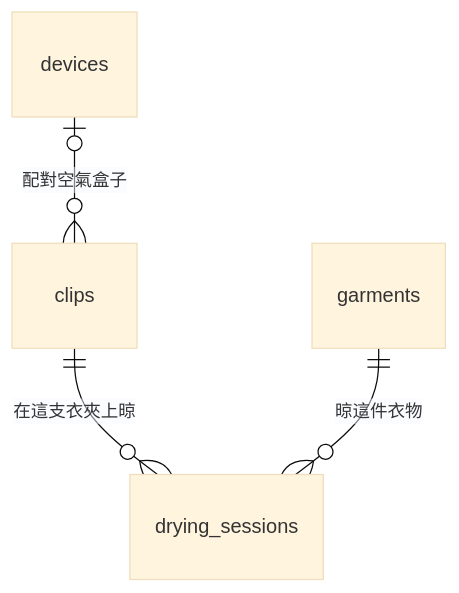
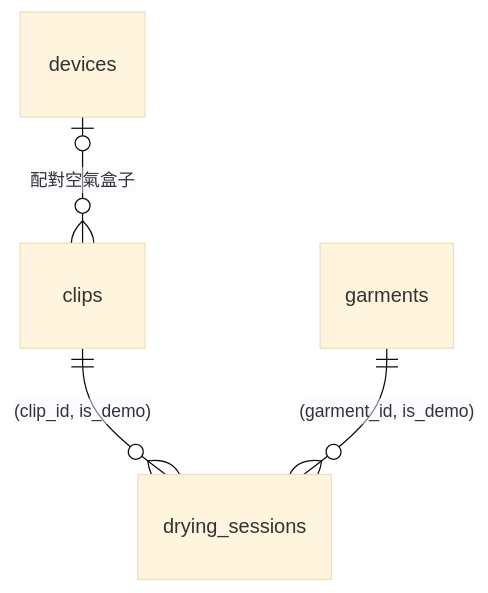
The diagram in docs/HANDOFF-backend.md (Hamichiowo/2026-ntnu-iot-project), drawn with Mermaid (base theme) before and after one commit. The commit also changed other lines of this file and 1 other file, not shown here.

First line of the commit message:
docs: describe demo data in the database and the garment API wiring

````diff
--- a/docs/HANDOFF-backend.md
+++ b/docs/HANDOFF-backend.md
@@ -23,6 +22,6 @@
 ```mermaid
 erDiagram
     devices  |o--o{ clips           : "配對空氣盒子"
-    clips    ||--o{ drying_sessions : "在這支衣夾上晾"
-    garments ||--o{ drying_sessions : "晾這件衣物"
+    clips    ||--o{ drying_sessions : "(clip_id, is_demo)"
+    garments ||--o{ drying_sessions : "(garment_id, is_demo)"
 ```
````
